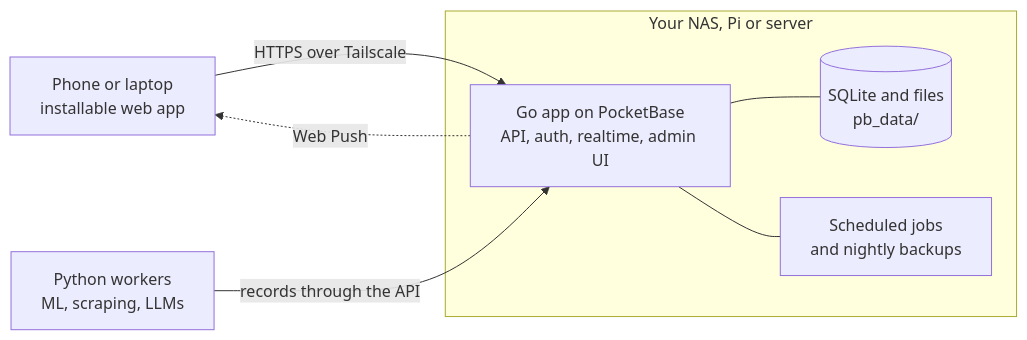
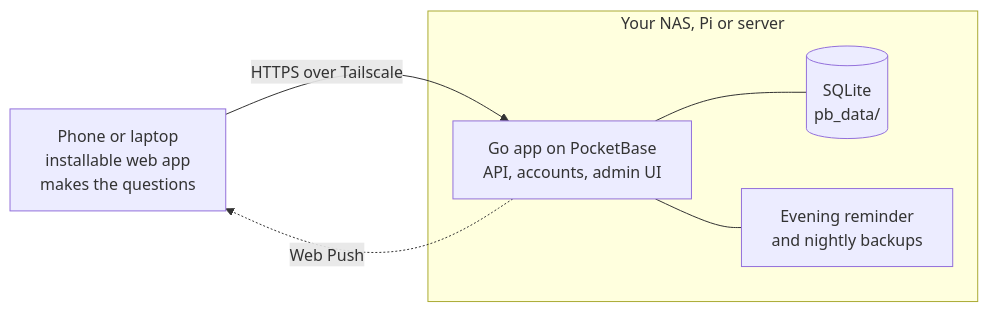
The diagram in README.md (selfhostit/reckon), drawn with Mermaid before and after one commit. The commit also changed other lines of this file and 28 other files, not shown here.

````diff
--- a/README.md
+++ b/README.md
@@ -46,15 +145,13 @@
 ```mermaid
 flowchart LR
-  phone["Phone or laptop<br/>installable web app"]
+  phone["Phone or laptop<br/>installable web app<br/>makes the questions"]
   subgraph box["Your NAS, Pi or server"]
-    app["Go app on PocketBase<br/>API, auth, realtime, admin UI"]
-    db[("SQLite and files<br/>pb_data/")]
-    jobs["Scheduled jobs<br/>and nightly backups"]
+    app["Go app on PocketBase<br/>API, accounts, admin UI"]
+    db[("SQLite<br/>pb_data/")]
+    jobs["Evening reminder<br/>and nightly backups"]
     app --- db
     app --- jobs
   end
-  worker["Python workers<br/>ML, scraping, LLMs"]
   phone -- "HTTPS over Tailscale" --> app
-  worker -- "records through the API" --> app
   app -. "Web Push" .-> phone
 ```
````
